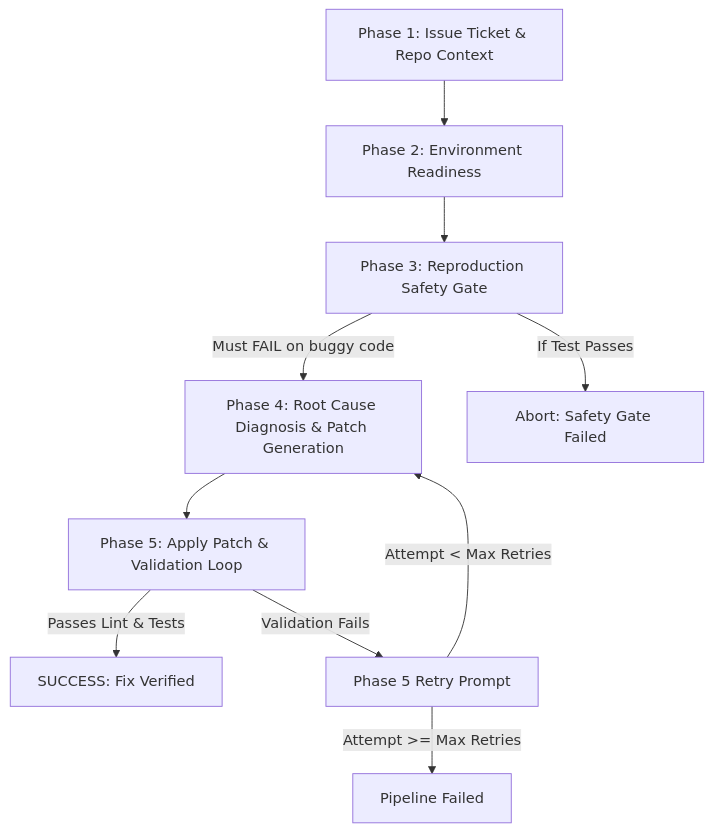
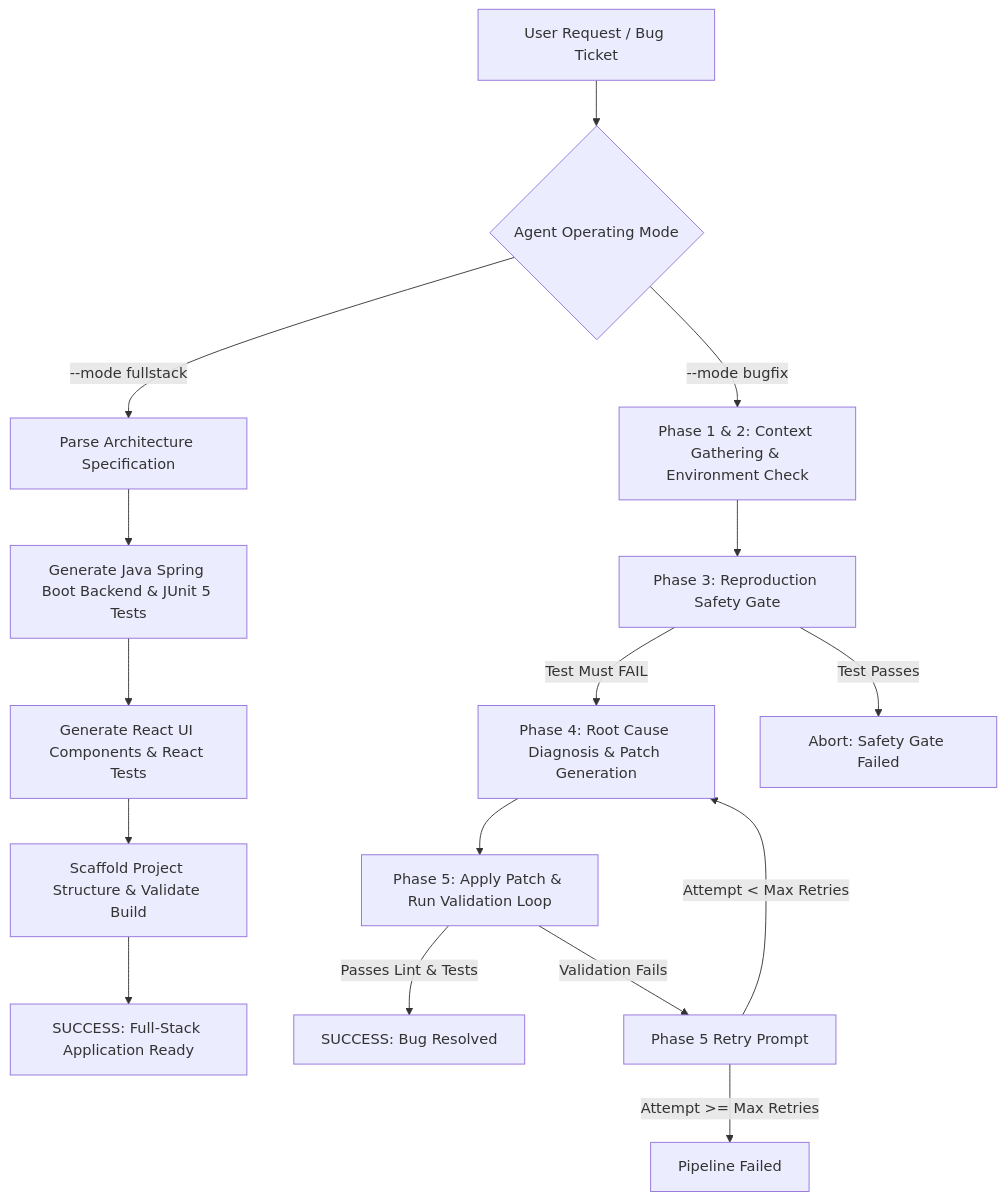
One commit to kumar291098/autonomous-engineer-agent changed the diagram in README.md. Above: the diagram before and after it, drawn with Mermaid. The commit also changed other lines of this file, not shown here.

Commit message:
Updated README.md with comprehensive documentation, badges, architecture diagrams, and usage examples

````diff
--- a/README.md
+++ b/README.md
@@ -7,12 +30,22 @@
 ```mermaid
 graph TD
-    A[Phase 1: Issue Ticket & Repo Context] --> B[Phase 2: Environment Readiness]
-    B --> C[Phase 3: Reproduction Safety Gate]
-    C -->|Must FAIL on buggy code| D[Phase 4: Root Cause Diagnosis & Patch Generation]
-    C -->|If Test Passes| X[Abort: Safety Gate Failed]
-    D --> E[Phase 5: Apply Patch & Validation Loop]
-    E -->|Passes Lint & Tests| F[SUCCESS: Fix Verified]
-    E -->|Validation Fails| G[Phase 5 Retry Prompt]
-    G -->|Attempt < Max Retries| D
-    G -->|Attempt >= Max Retries| Y[Pipeline Failed]
+    A[User Request / Bug Ticket] --> B{Agent Operating Mode}
+    
+    %% Mode 1: Full-Stack Generation
+    B -->|--mode fullstack| C1[Parse Architecture Specification]
+    C1 --> C2[Generate Java Spring Boot Backend & JUnit 5 Tests]
+    C2 --> C3[Generate React UI Components & React Tests]
+    C3 --> C4[Scaffold Project Structure & Validate Build]
+    C4 --> C5[SUCCESS: Full-Stack Application Ready]
+    
+    %% Mode 2: Bug Fix Pipeline
+    B -->|--mode bugfix| D1[Phase 1 & 2: Context Gathering & Environment Check]
+    D1 --> D2[Phase 3: Reproduction Safety Gate]
+    D2 -->|Test Must FAIL| D3[Phase 4: Root Cause Diagnosis & Patch Generation]
+    D2 -->|Test Passes| X[Abort: Safety Gate Failed]
+    D3 --> D4[Phase 5: Apply Patch & Run Validation Loop]
+    D4 -->|Passes Lint & Tests| D5[SUCCESS: Bug Resolved]
+    D4 -->|Validation Fails| D6[Phase 5 Retry Prompt]
+    D6 -->|Attempt < Max Retries| D3
+    D6 -->|Attempt >= Max Retries| Y[Pipeline Failed]
 ```
````
